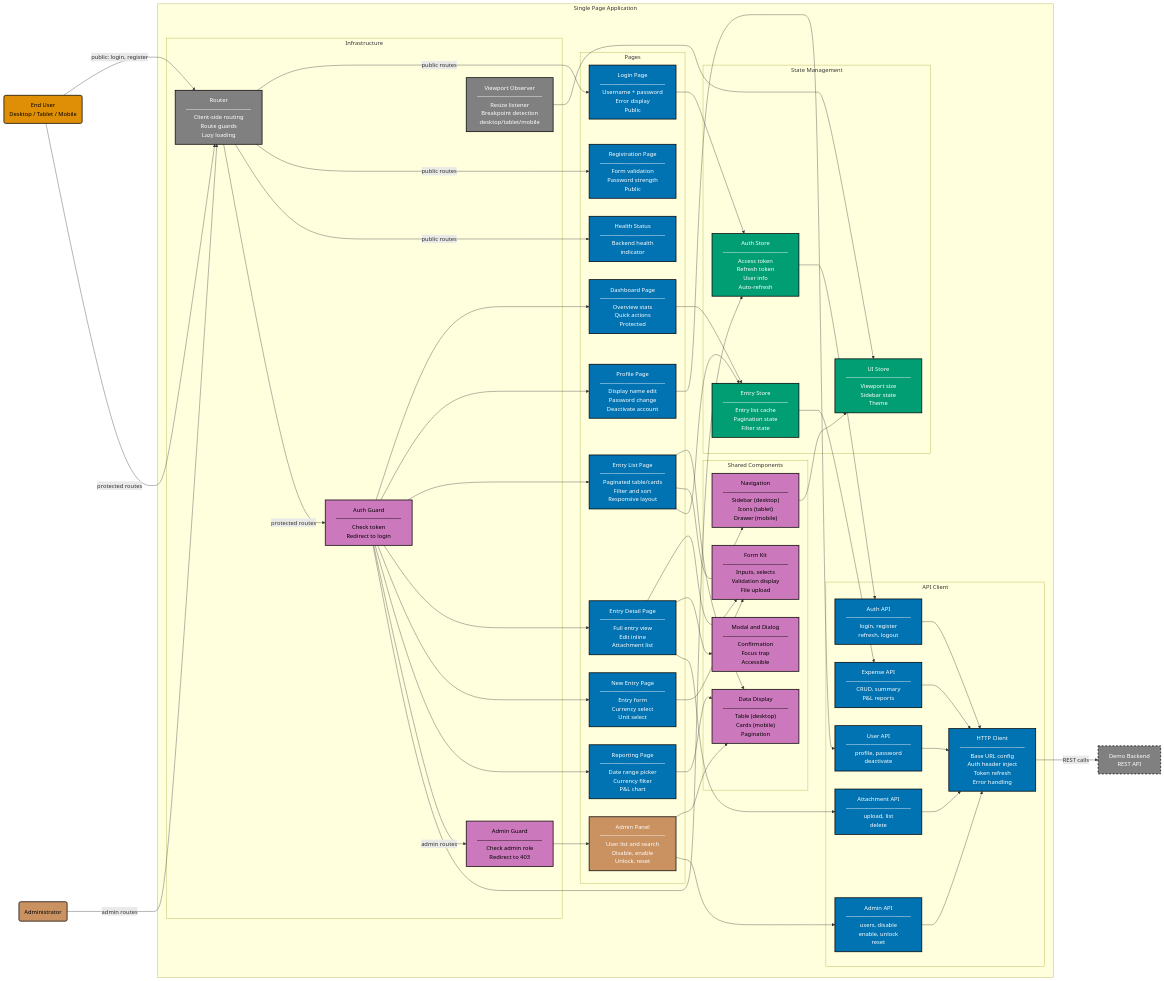
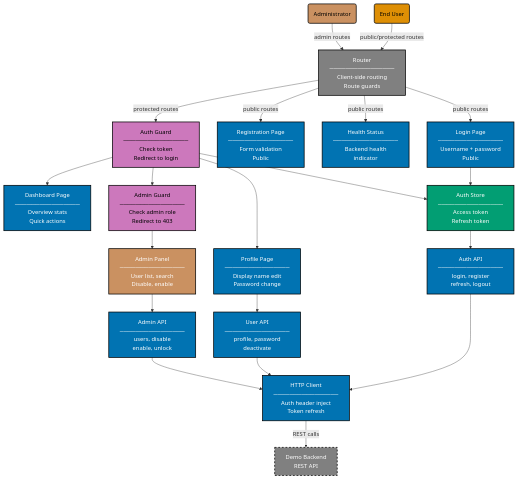
One commit to wahidyankf/ose-primer changed the first of 2 diagrams in specs/apps/crud/components/web/component-web.md. Above: the diagram before and after it, drawn with Mermaid. The commit also changed other lines of this file and 5 other files, not shown here.

First line of the commit message:
docs: fix over-wide and over-long mermaid state diagrams

````diff
--- a/specs/apps/crud/components/web/component-web.md
+++ b/specs/apps/crud/components/web/component-web.md
@@ -11,116 +15,59 @@
 ```mermaid
 %% Color Palette: Blue #0173B2 | Orange #DE8F05 | Teal #029E73 | Purple #CC78BC | Brown #CA9161 | Gray #808080
-graph LR
-    EU("End User<br/>Desktop / Tablet / Mobile"):::actor
+graph TB
+    EU("End User"):::actor
     ADM("Administrator"):::actor_admin
 
-    subgraph SPA["Single Page Application"]
-
-        subgraph LAYER1["Pages"]
-            LP["Login Page<br/>────────────────<br/>Username + password<br/>Error display<br/>Public"]:::page
-            RP["Registration Page<br/>────────────────<br/>Form validation<br/>Password strength<br/>Public"]:::page
-            DP["Dashboard Page<br/>────────────────<br/>Overview stats<br/>Quick actions<br/>Protected"]:::page
-            PP["Profile Page<br/>────────────────<br/>Display name edit<br/>Password change<br/>Deactivate account"]:::page
-            ELP["Entry List Page<br/>────────────────<br/>Paginated table/cards<br/>Filter and sort<br/>Responsive layout"]:::page
-            EDP["Entry Detail Page<br/>────────────────<br/>Full entry view<br/>Edit inline<br/>Attachment list"]:::page
-            NEP["New Entry Page<br/>────────────────<br/>Entry form<br/>Currency select<br/>Unit select"]:::page
-            RPP["Reporting Page<br/>────────────────<br/>Date range picker<br/>Currency filter<br/>P&L chart"]:::page
-            AP["Admin Panel<br/>────────────────<br/>User list and search<br/>Disable, enable<br/>Unlock, reset"]:::page_admin
-            HSP["Health Status<br/>────────────────<br/>Backend health<br/>indicator"]:::page
-        end
-
-        subgraph LAYER2["Shared Components"]
-            NAV["Navigation<br/>────────────────<br/>Sidebar (desktop)<br/>Icons (tablet)<br/>Drawer (mobile)"]:::component
-            FORM["Form Kit<br/>────────────────<br/>Inputs, selects<br/>Validation display<br/>File upload"]:::component
-            TABLE["Data Display<br/>────────────────<br/>Table (desktop)<br/>Cards (mobile)<br/>Pagination"]:::component
-            MODAL["Modal and Dialog<br/>────────────────<br/>Confirmation<br/>Focus trap<br/>Accessible"]:::component
-        end
-
-        subgraph LAYER3["State Management"]
-            AUTH_STORE["Auth Store<br/>────────────────<br/>Access token<br/>Refresh token<br/>User info<br/>Auto-refresh"]:::state
-            ENTRY_STORE["Entry Store<br/>────────────────<br/>Entry list cache<br/>Pagination state<br/>Filter state"]:::state
-            UI_STORE["UI Store<br/>────────────────<br/>Viewport size<br/>Sidebar state<br/>Theme"]:::state
-        end
-
-        subgraph LAYER4["API Client"]
-            HTTP["HTTP Client<br/>────────────────<br/>Base URL config<br/>Auth header inject<br/>Token refresh<br/>Error handling"]:::api
-            AUTH_API["Auth API<br/>────────────────<br/>login, register<br/>refresh, logout"]:::api
-            USER_API["User API<br/>────────────────<br/>profile, password<br/>deactivate"]:::api
-            EXPENSE_API["Expense API<br/>────────────────<br/>CRUD, summary<br/>P&L reports"]:::api
-            ATTACH_API["Attachment API<br/>────────────────<br/>upload, list<br/>delete"]:::api
-            ADMIN_API["Admin API<br/>────────────────<br/>users, disable<br/>enable, unlock<br/>reset"]:::api
-        end
-
-        subgraph LAYER5["Infrastructure"]
-            ROUTER["Router<br/>────────────────<br/>Client-side routing<br/>Route guards<br/>Lazy loading"]:::infra
-            AUTH_GUARD["Auth Guard<br/>────────────────<br/>Check token<br/>Redirect to login"]:::guard
-            ADMIN_GUARD["Admin Guard<br/>────────────────<br/>Check admin role<br/>Redirect to 403"]:::guard
-            VIEWPORT["Viewport Observer<br/>────────────────<br/>Resize listener<br/>Breakpoint detection<br/>desktop/tablet/mobile"]:::infra
-        end
-
-    end
-
-    API["Demo Backend<br/>REST API"]:::external
-
-    %% Public entry points — bypass Auth Guard
-    EU -->|"public: login, register"| ROUTER
-    EU -->|"protected routes"| ROUTER
-
+    EU -->|"public/protected routes"| ROUTER
     ADM -->|"admin routes"| ROUTER
 
-    %% Router → Guards → Pages
+    ROUTER["Router<br/>────────────────<br/>Client-side routing<br/>Route guards"]:::infra
     ROUTER -->|"public routes"| LP
     ROUTER -->|"public routes"| RP
     ROUTER -->|"public routes"| HSP
     ROUTER -->|"protected routes"| AUTH_GUARD
+
+    LP["Login Page<br/>────────────────<br/>Username + password<br/>Public"]:::page
+    RP["Registration Page<br/>────────────────<br/>Form validation<br/>Public"]:::page
+    HSP["Health Status<br/>────────────────<br/>Backend health<br/>indicator"]:::page
+    AUTH_GUARD["Auth Guard<br/>────────────────<br/>Check token<br/>Redirect to login"]:::guard
+
     AUTH_GUARD --> DP
     AUTH_GUARD --> PP
-    AUTH_GUARD --> ELP
-    AUTH_GUARD --> EDP
-    AUTH_GUARD --> NEP
-    AUTH_GUARD --> RPP
-    AUTH_GUARD -->|"admin routes"| ADMIN_GUARD
+    AUTH_GUARD --> ADMIN_GUARD
+
+    DP["Dashboard Page<br/>────────────────<br/>Overview stats<br/>Quick actions"]:::page
+    PP["Profile Page<br/>────────────────<br/>Display name edit<br/>Password change"]:::page
+    ADMIN_GUARD["Admin Guard<br/>────────────────<br/>Check admin role<br/>Redirect to 403"]:::guard
+
     ADMIN_GUARD --> AP
 
-    %% Pages → Shared Components
-    ELP --> TABLE
-    ELP --> NAV
-    EDP --> FORM
-    EDP --> MODAL
-    NEP --> FORM
-    AP --> TABLE
-    RPP --> TABLE
+    AP["Admin Panel<br/>────────────────<br/>User list, search<br/>Disable, enable"]:::page_admin
 
-    %% Pages → State
     LP --> AUTH_STORE
-    DP --> ENTRY_STORE
-    ELP --> ENTRY_STORE
-    NAV --> UI_STORE
+    AUTH_GUARD --> AUTH_STORE
+    PP --> USER_API
 
-    %% State → API Client
+    AUTH_STORE["Auth Store<br/>────────────────<br/>Access token<br/>Refresh token"]:::state
+    USER_API["User API<br/>────────────────<br/>profile, password<br/>deactivate"]:::api
+
     AUTH_STORE --> AUTH_API
-    ENTRY_STORE --> EXPENSE_API
-    PP --> USER_API
-    EDP --> ATTACH_API
     AP --> ADMIN_API
-
-    %% API Client → HTTP Client → Backend
     AUTH_API --> HTTP
     USER_API --> HTTP
-    EXPENSE_API --> HTTP
-    ATTACH_API --> HTTP
     ADMIN_API --> HTTP
+
+    AUTH_API["Auth API<br/>────────────────<br/>login, register<br/>refresh, logout"]:::api
+    ADMIN_API["Admin API<br/>────────────────<br/>users, disable<br/>enable, unlock"]:::api
+    HTTP["HTTP Client<br/>────────────────<br/>Auth header inject<br/>Token refresh"]:::api
     HTTP -->|"REST calls"| API
 
-    %% Infrastructure
-    VIEWPORT --> UI_STORE
-    AUTH_GUARD --> AUTH_STORE
+    API["Demo Backend<br/>REST API"]:::external
 
     classDef actor fill:#DE8F05,stroke:#000000,color:#000000,stroke-width:2px
     classDef actor_admin fill:#CA9161,stroke:#000000,color:#000000,stroke-width:2px
     classDef page fill:#0173B2,stroke:#000000,color:#FFFFFF,stroke-width:2px
     classDef page_admin fill:#CA9161,stroke:#000000,color:#FFFFFF,stroke-width:2px
-    classDef component fill:#CC78BC,stroke:#000000,color:#000000,stroke-width:2px
     classDef state fill:#029E73,stroke:#000000,color:#FFFFFF,stroke-width:2px
     classDef api fill:#0173B2,stroke:#000000,color:#FFFFFF,stroke-width:2px
     classDef infra fill:#808080,stroke:#000000,color:#FFFFFF,stroke-width:2px
````
